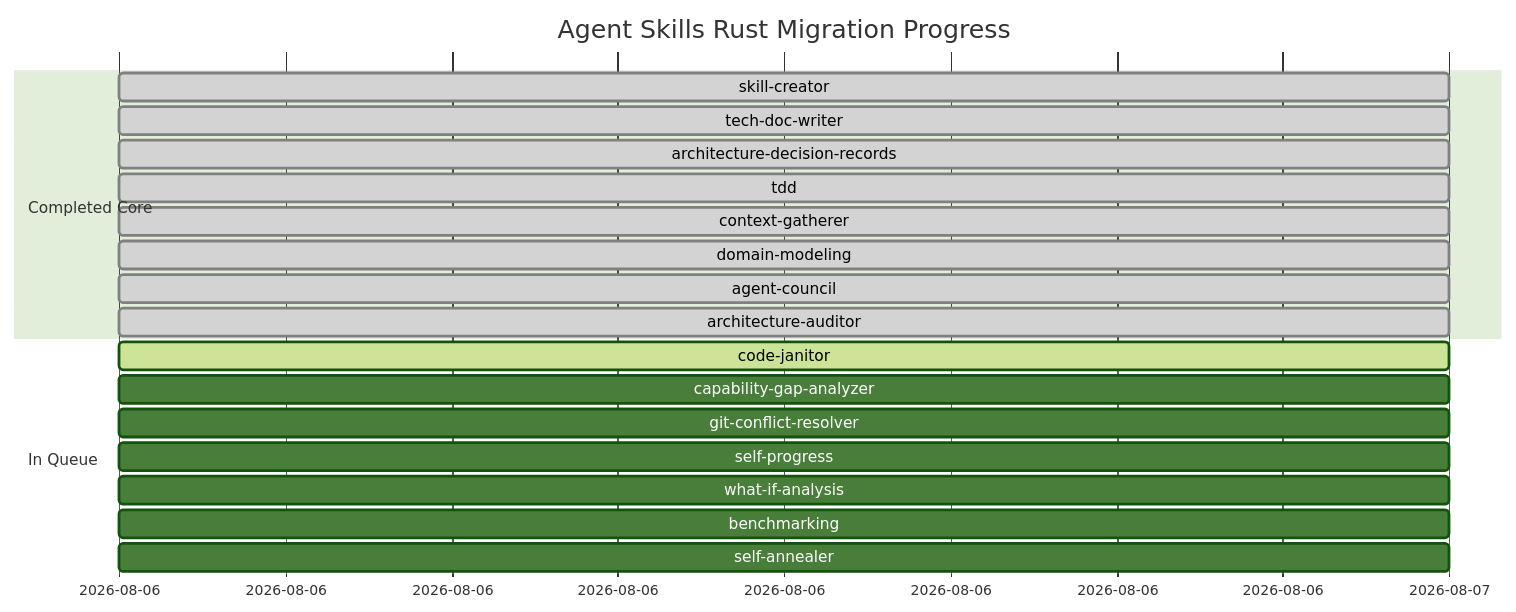
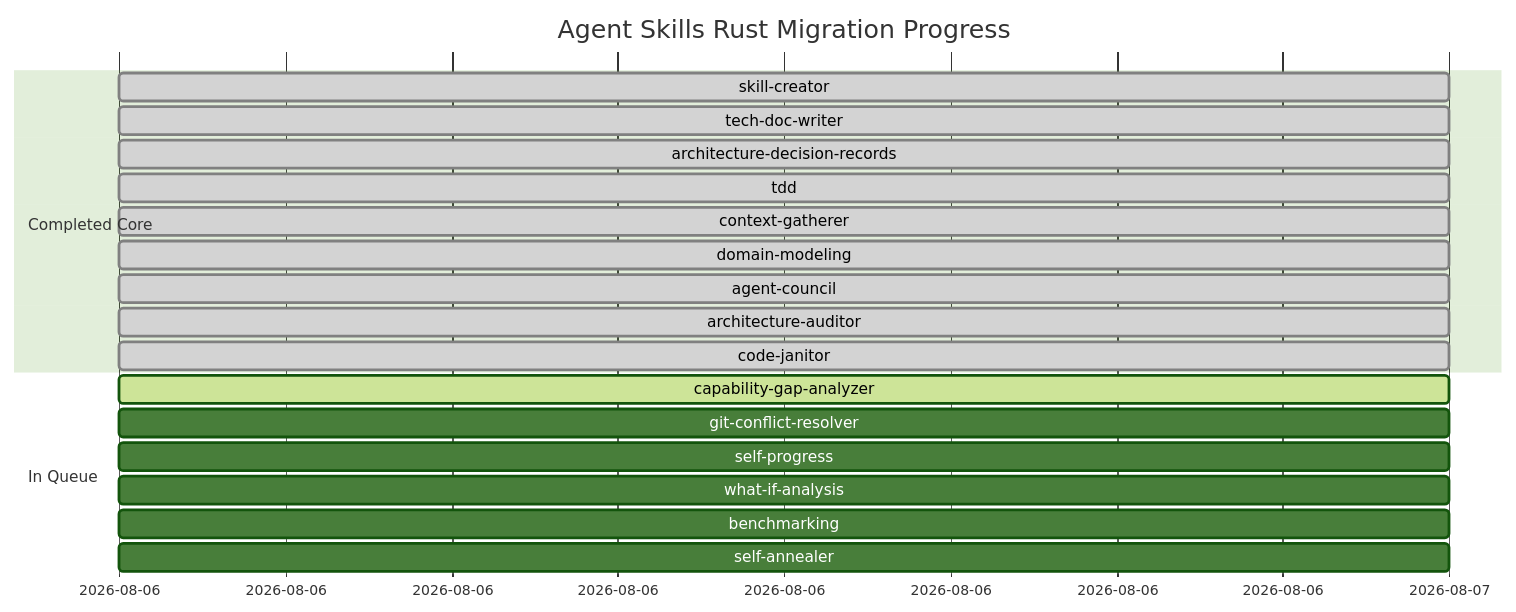
Before and after one commit to louis-pvs/agent-skills: the diagram in docs/migration_progress.md, drawn with Mermaid (forest theme). The commit also changed other lines of this file and 5 other files, not shown here.

Commit message:
feat(code-janitor): migrate skill automation to Rust CLI via TDD protocol

````diff
--- a/docs/migration_progress.md
+++ b/docs/migration_progress.md
@@ -26,22 +26,22 @@
 ```mermaid
 gantt
     title Agent Skills Rust Migration Progress
     dateFormat  YYYY-MM-DD
     section Completed Core
     skill-creator                  :done, 2026-08-06, 1d
     tech-doc-writer                :done, 2026-08-06, 1d
     architecture-decision-records  :done, 2026-08-06, 1d
     tdd                            :done, 2026-08-06, 1d
     context-gatherer               :done, 2026-08-06, 1d
     domain-modeling                :done, 2026-08-06, 1d
     agent-council                  :done, 2026-08-06, 1d
     architecture-auditor           :done, 2026-08-06, 1d
+    code-janitor                   :done, 2026-08-06, 1d
     section In Queue
-    code-janitor                   :active, 2026-08-06, 1d
-    capability-gap-analyzer        :2026-08-06, 1d
+    capability-gap-analyzer        :active, 2026-08-06, 1d
     git-conflict-resolver         :2026-08-06, 1d
     self-progress                  :2026-08-06, 1d
     what-if-analysis               :2026-08-06, 1d
     benchmarking                   :2026-08-06, 1d
     self-annealer                  :2026-08-06, 1d
 ```
````
